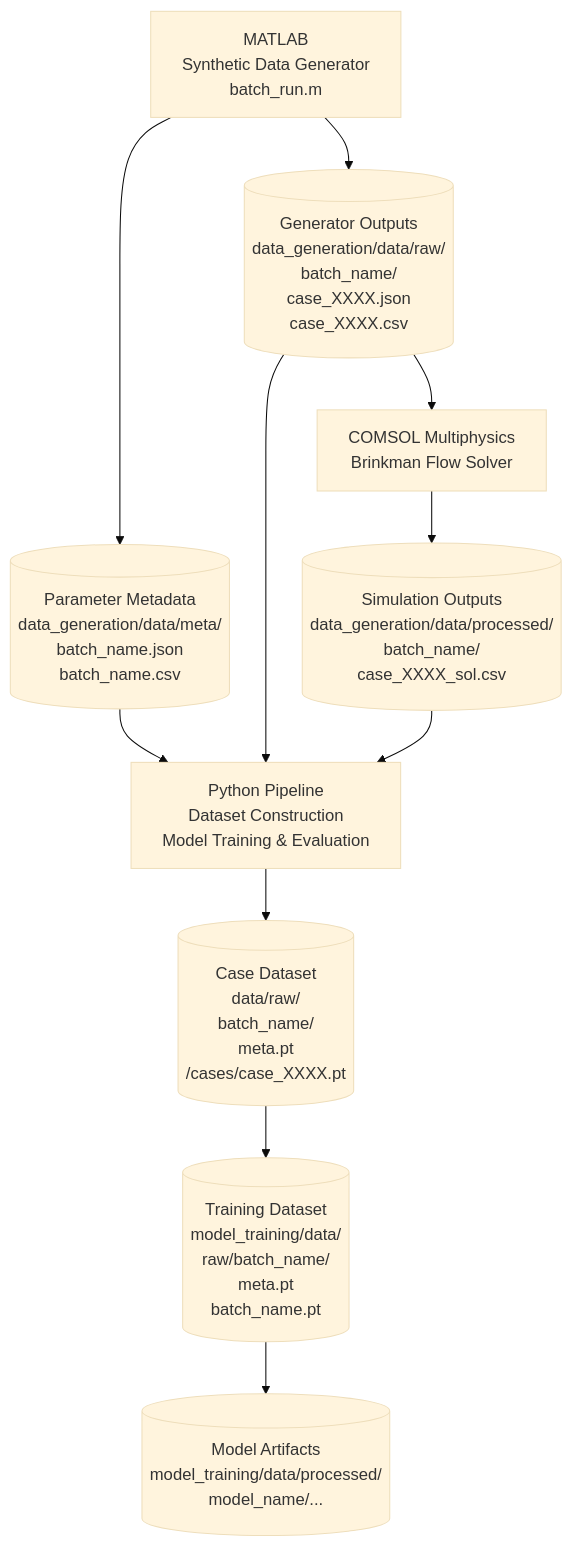
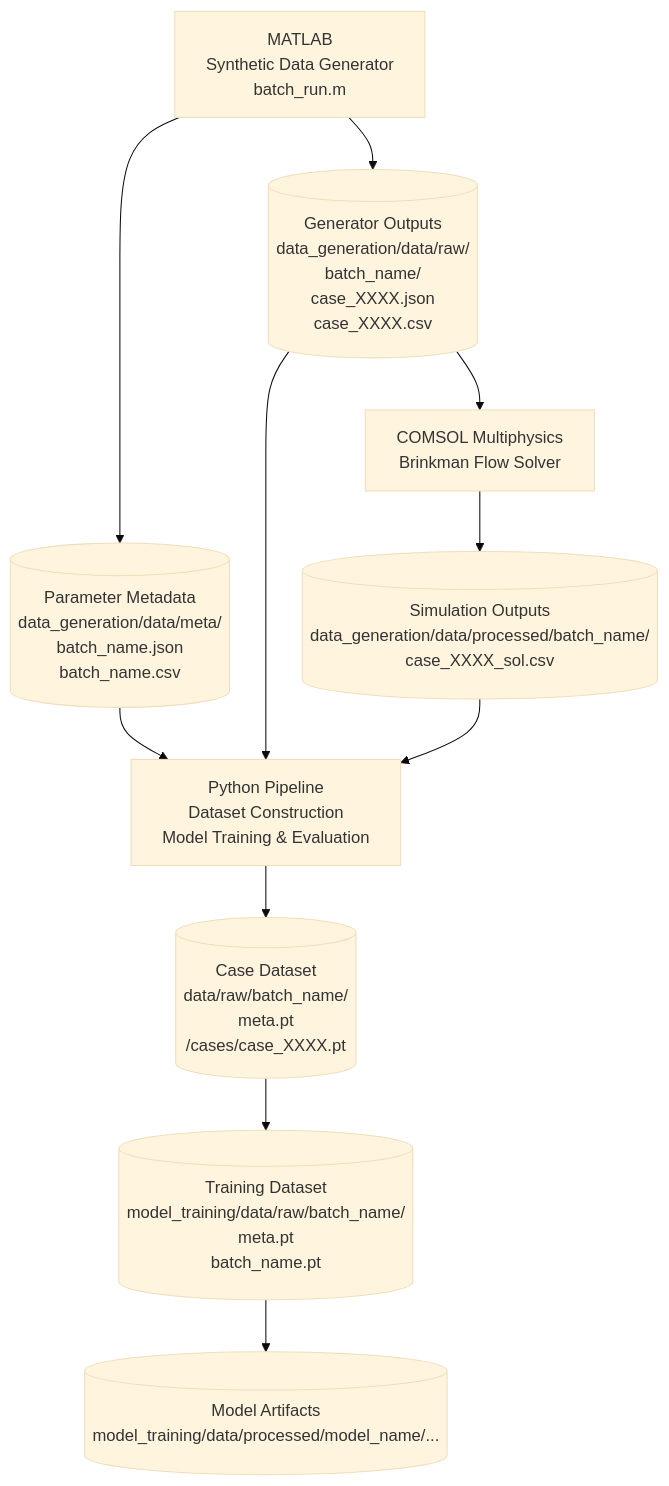
Before and after one commit to Rinovative/grainlegumes-pino-airflow: the first of 2 diagrams in README.md, drawn with Mermaid (base theme). The commit also changed other lines of this file and 4 other files, not shown here.

````diff
--- a/README.md
+++ b/README.md
@@ -87,27 +87,27 @@
 ```mermaid
 flowchart TD
 
 M[MATLAB<br/>Synthetic Data Generator<br/>batch_run.m]
 D1[(Parameter Metadata<br/>data_generation/data/meta/<br/>batch_name.json<br/>batch_name.csv)]
 D2[(Generator Outputs<br/>data_generation/data/raw/<br/>batch_name/<br/>case_XXXX.json<br/>case_XXXX.csv)]
 C[COMSOL Multiphysics<br/>Brinkman Flow Solver]
-D3[(Simulation Outputs<br/>data_generation/data/processed/<br/>batch_name/<br/>case_XXXX_sol.csv)]
+D3[(Simulation Outputs<br/>data_generation/data/processed/batch_name/<br/>case_XXXX_sol.csv)]
 P[Python Pipeline<br/>Dataset Construction<br/>Model Training & Evaluation]
-D4[(Case Dataset<br/>data/raw/<br/>batch_name/<br/>meta.pt<br/>/cases/case_XXXX.pt<br/>)]
-D5[(Training Dataset<br/>model_training/data/<br/>raw/batch_name/<br/>meta.pt<br/>batch_name.pt)]
-D6[(Model Artifacts<br/>model_training/data/processed/<br/>model_name/...)]
+D4[(Case Dataset<br/>data/raw/batch_name/<br/>meta.pt<br/>/cases/case_XXXX.pt<br/>)]
+D5[(Training Dataset<br/>model_training/data/raw/batch_name/<br/>meta.pt<br/>batch_name.pt)]
+D6[(Model Artifacts<br/>model_training/data/processed/model_name/...)]
 
 M --> D1
 M --> D2
 D2 --> C
 C --> D3
 
 D1 --> P
 D2 --> P
 D3 --> P
 
 P --> D4
 D4 --> D5
 D5 --> D6
 
 ```
````
